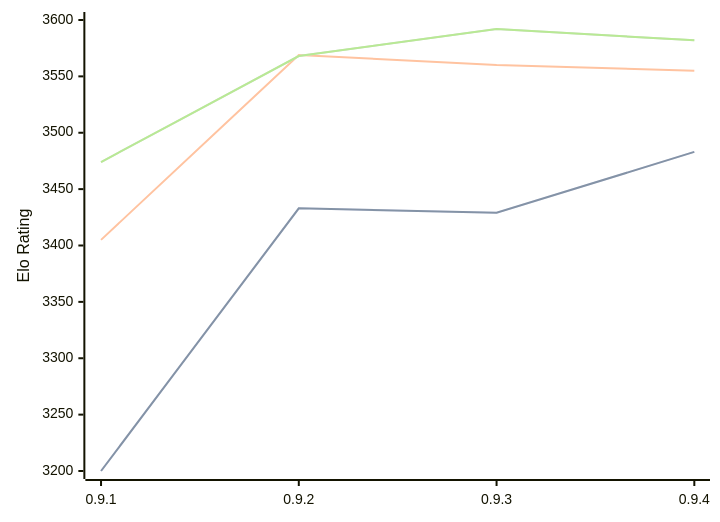
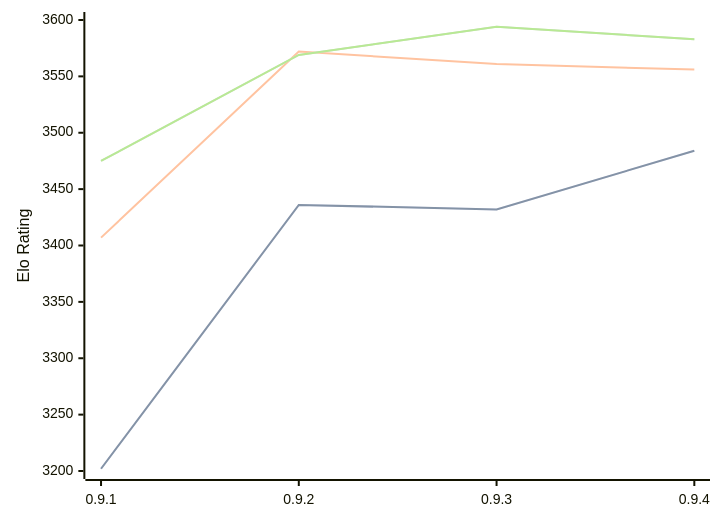
The diagram in engines/Coda.md (computer-chess-index/cci), drawn with Mermaid before and after one commit. The commit also changed other lines of this file, not shown here.

Commit message:
Update CCI Ratings (ELO VLTC) - 2026-09-01

````diff
--- a/engines/Coda.md
+++ b/engines/Coda.md
@@ -34,11 +34,11 @@
 ```mermaid
 %%{init: {"theme":"base","themeVariables":{"seriesColors:['#a3a3a3','#222221','#faa371']}}}%%
 xychart-beta
   x-axis ["0.9.1", "0.9.2", "0.9.3", "0.9.4"]
   y-axis "Elo Rating" 3200 --> 3600
-  line "" [3200, 3433, 3429, 3483]
-  line "STC (8.0+0.08s)" [3200, 3433, 3429, 3483]
-  line "LTC (60.0+0.60s)" [3405, 3569, 3560, 3555]
-  line "" [3474, 3568, 3592, 3582]
-  line "VLTC (2m24s+1.12s)" [3474, 3568, 3592, 3582]
+  line "" [3202, 3436, 3432, 3484]
+  line "STC (8.0+0.08s)" [3202, 3436, 3432, 3484]
+  line "LTC (60.0+0.60s)" [3407, 3572, 3561, 3556]
+  line "" [3475, 3569, 3594, 3583]
+  line "VLTC (2m24s+1.12s)" [3475, 3569, 3594, 3583]
 ```
````
